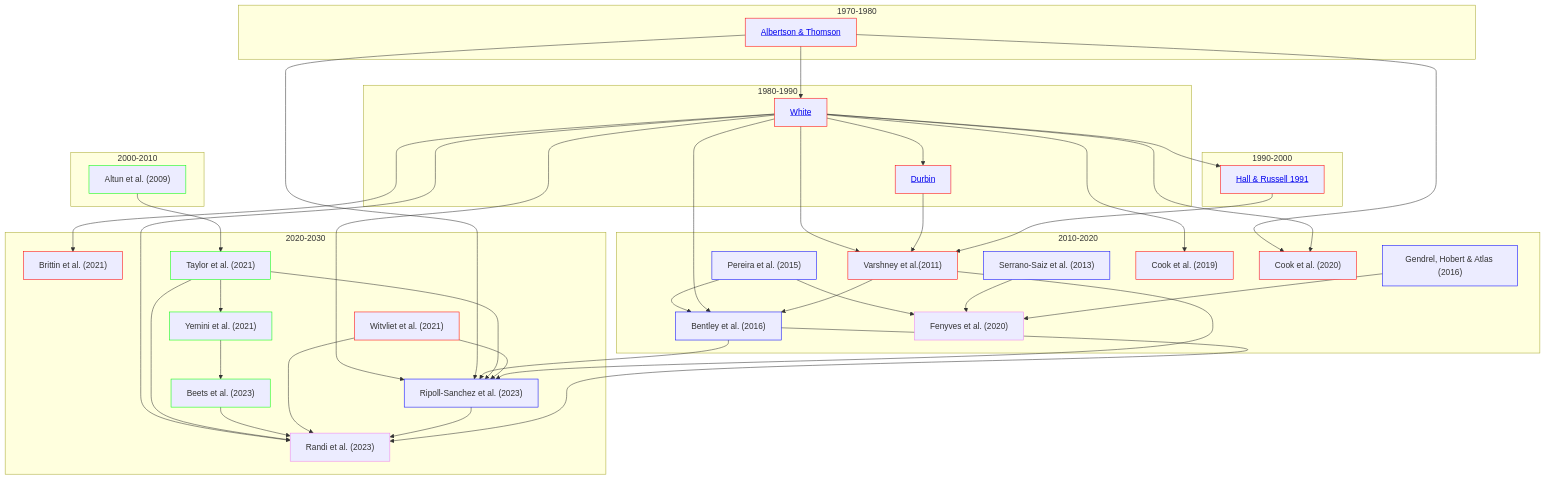
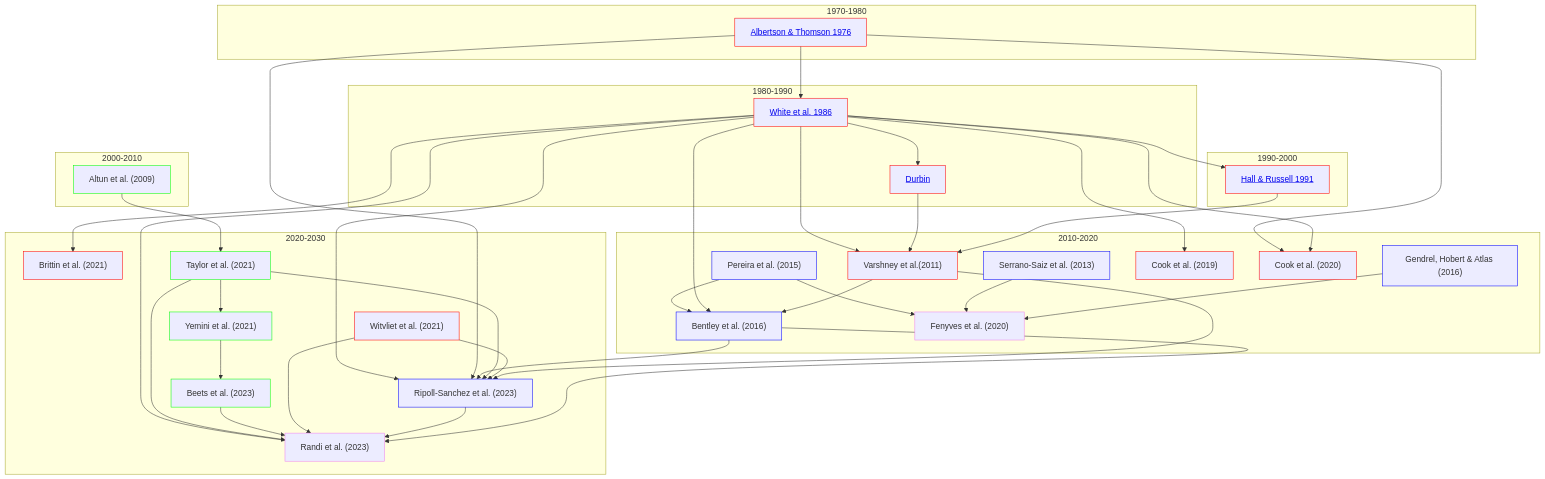
Before and after one commit to yasinthanvickneswaran/mermaidtest: the diagram in README.md, drawn with Mermaid.

````diff
--- a/README.md
+++ b/README.md
@@ -1,68 +1,68 @@
 ```mermaid
 flowchart TD
     classDef anat stroke:#f00
     classDef gene stroke:#0f0
     classDef es stroke:#00f
     classDef func stroke:#ee82ee
 
 
     subgraph 1970-1980
-    A1[<a href='https://github.com/yasinthanvickneswaran/ConnectomeToolbox/blob/main/docs/Albertson_Thompson_1976.md' >Albertson & Thomson</a>]:::anat
+    A1[<a href='https://github.com/yasinthanvickneswaran/ConnectomeToolbox/blob/main/docs/Albertson_Thompson_1976.md' >Albertson & Thomson 1976</a>]:::anat
     end
     subgraph 1980-1990
-    A[<a href='https://github.com/yasinthanvickneswaran/ConnectomeToolbox/blob/main/docs/White_1986.md' >White</a>]:::anat & B[<a href='https://github.com/yasinthanvickneswaran/ConnectomeToolbox/blob/main/docs/Durbin_1987.md' >Durbin</a>]:::anat
+    A[<a href='https://github.com/yasinthanvickneswaran/ConnectomeToolbox/blob/main/docs/White_1986.md' >White et al. 1986</a>]:::anat & B[<a href='https://github.com/yasinthanvickneswaran/ConnectomeToolbox/blob/main/docs/Durbin_1987.md' >Durbin</a>]:::anat
     end
 
     subgraph 1990-2000
     A2[<a href='https://github.com/yasinthanvickneswaran/ConnectomeToolbox/blob/main/docs/Hall_1991.md' >Hall & Russell 1991</a>]:::anat
     end
 
     subgraph 2000-2010
     C
     end
     subgraph 2010-2020
     D & E & E1 & E2 & F & G & H & I
     end
     subgraph 2020-2030
     J & K & L & M & N & P & NP
     end     
 
 
     E --> H["Fenyves et al. (2020)"]:::func
     E1["Serrano-Saiz et al. (2013)"]:::es --> H
     E2["Gendrel, Hobert & Atlas (2016)"]:::es --> H
     K["Witvliet et al. (2021)"]:::anat
     E["Pereira et al. (2015)"]:::es --> F["Bentley et al. (2016)"]:::es
 
     C["Altun et al. (2009)"]:::gene --> L["Taylor et al. (2021)"]:::gene
     L --> M["Yemini et al. (2021)"]:::gene
     M --> N["Beets et al. (2023)"]:::gene
 
     A --> B
     A1 --> A
     A1 --> I
     A  --> A2
     A --> D["Varshney et al.(2011)"]:::anat
     B --> D
     A2 --> D
     A --> G["Cook et al. (2019)"]:::anat
     A --> I["Cook et al. (2020)"]:::anat
     A --> J["Brittin et al. (2021)"]:::anat
     A --> F
     D --> F
     A --> NP["Ripoll-Sanchez et al. (2023)"]:::es
     A1 --> NP
     F --> NP
     L --> NP
     K --> NP
     D --> NP
     A --> P["Randi et al. (2023)"]:::func
     L --> P
     N --> P
     K --> P
     NP --> P
     F --> P
 
     
     
 ```
````
